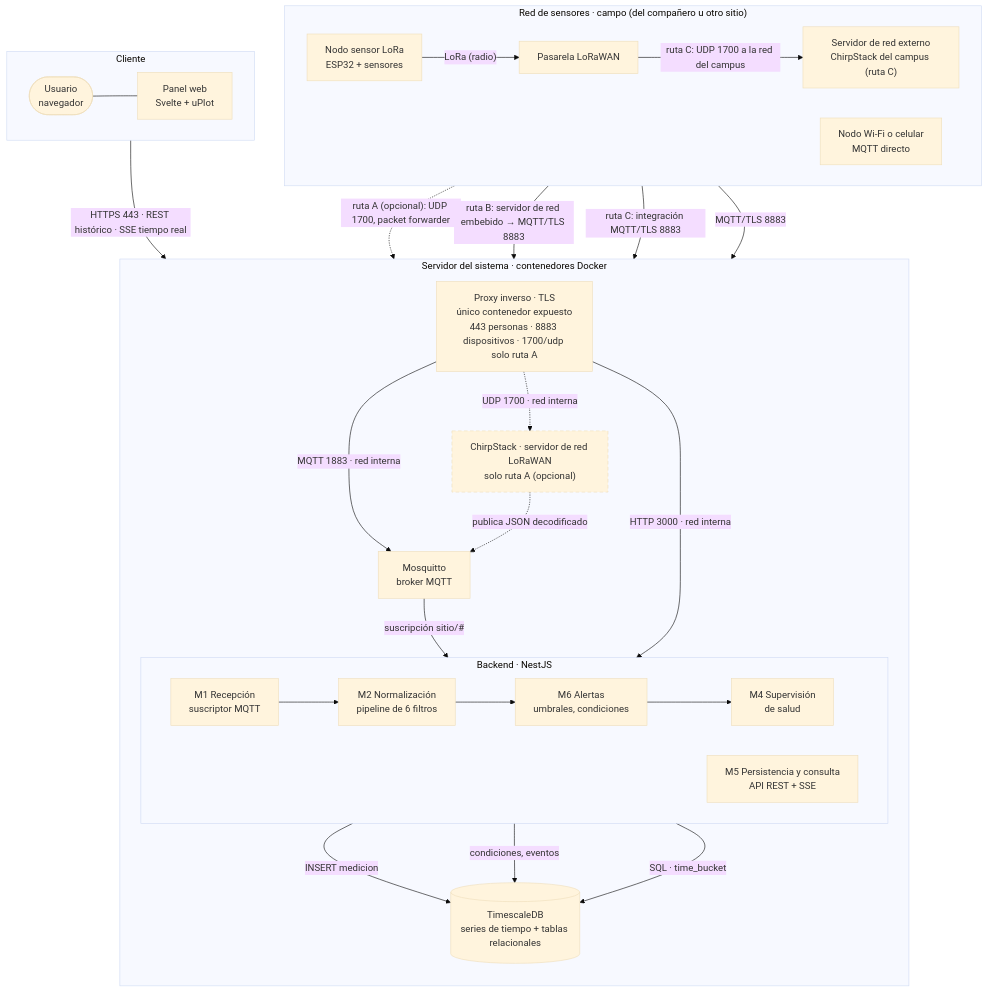
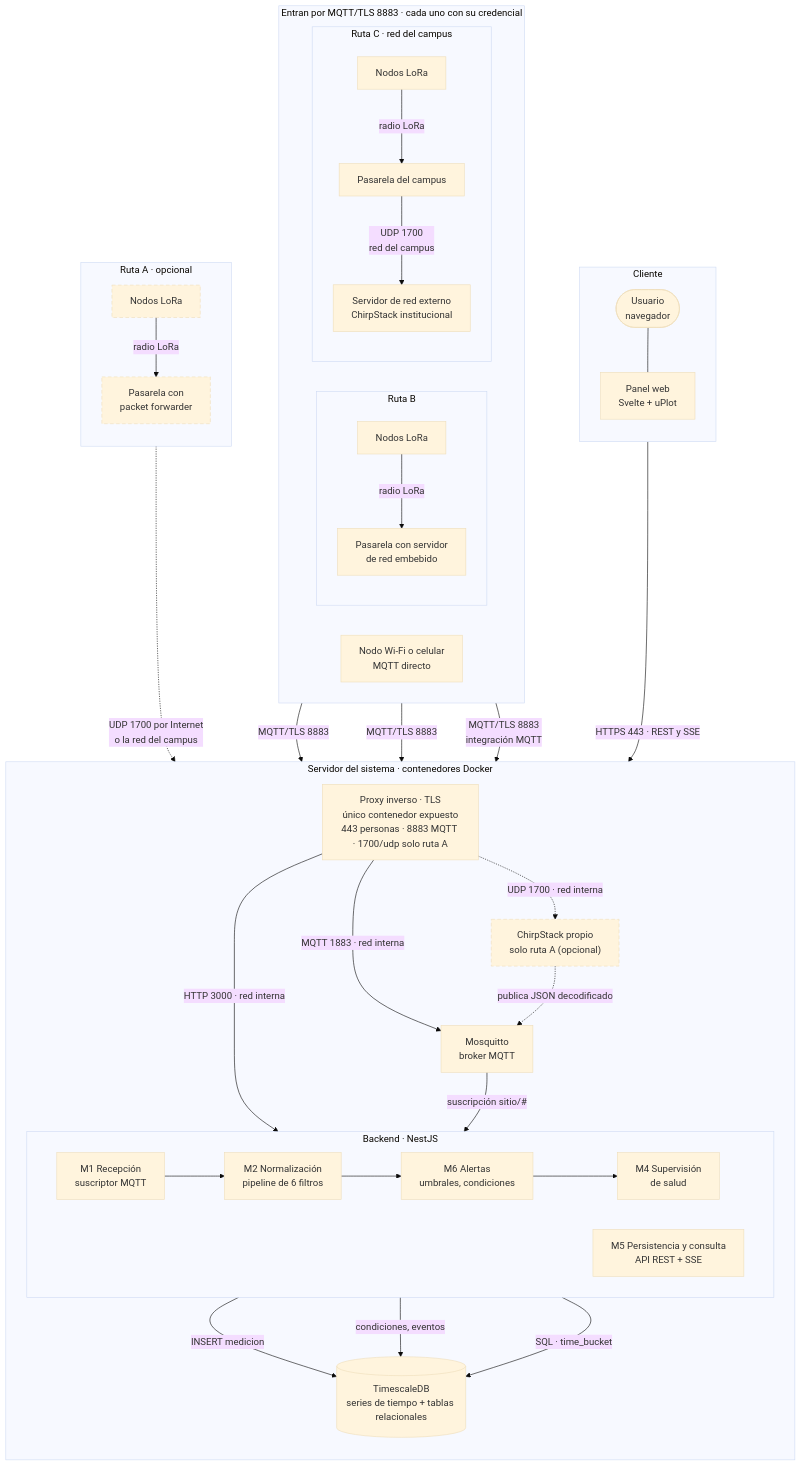
The diagram in informe-oficial/figuras/mermaid/contenedores.mmd (vicenterami/tesis), drawn with Mermaid (base theme) before and after one commit. The commit also changed 11 other files, not shown here.

First line of the commit message:
Reordena las figuras por vía de entrada y documenta el proxy, el tiempo real y la limpieza programada

```diff
--- a/informe-oficial/figuras/mermaid/contenedores.mmd
+++ b/informe-oficial/figuras/mermaid/contenedores.mmd
@@ -1,43 +1,53 @@
 flowchart TB
-    subgraph RED["Red de sensores · campo (del compañero u otro sitio)"]
+    subgraph CLI["Cliente"]
+        direction TB
+        U(["Usuario<br/>navegador"]) --- FE["Panel web<br/>Svelte + uPlot"]
+    end
+
+    subgraph TLS["Entran por MQTT/TLS 8883 · cada uno con su credencial"]
         direction LR
-        N1["Nodo sensor LoRa<br/>ESP32 + sensores"] -- "LoRa (radio)" --> GW["Pasarela LoRaWAN"]
         N2["Nodo Wi-Fi o celular<br/>MQTT directo"]
-        NS["Servidor de red externo<br/>ChirpStack del campus (ruta C)"]
+        subgraph RB["Ruta B"]
+            direction TB
+            NB["Nodos LoRa"] -- "radio LoRa" --> GB["Pasarela con servidor<br/>de red embebido"]
+        end
+        subgraph RC["Ruta C · red del campus"]
+            direction TB
+            NC["Nodos LoRa"] -- "radio LoRa" --> GC["Pasarela del campus"] -- "UDP 1700<br/>red del campus" --> NS["Servidor de red externo<br/>ChirpStack institucional"]
+        end
+    end
+
+    subgraph RA["Ruta A · opcional"]
+        direction TB
+        NA["Nodos LoRa"] -- "radio LoRa" --> GA["Pasarela con<br/>packet forwarder"]
     end
 
     subgraph SRV["Servidor del sistema · contenedores Docker"]
         direction TB
-        RP["Proxy inverso · TLS<br/>único contenedor expuesto<br/>443 personas · 8883 dispositivos · 1700/udp solo ruta A"]
-        CS["ChirpStack · servidor de red LoRaWAN<br/>solo ruta A (opcional)"]
+        RP["Proxy inverso · TLS<br/>único contenedor expuesto<br/>443 personas · 8883 MQTT · 1700/udp solo ruta A"]
         MQ["Mosquitto<br/>broker MQTT"]
         subgraph BE["Backend · NestJS"]
             direction LR
             M1["M1 Recepción<br/>suscriptor MQTT"] --> M2["M2 Normalización<br/>pipeline de 6 filtros"]
             M2 --> M6["M6 Alertas<br/>umbrales, condiciones"] --> M4["M4 Supervisión<br/>de salud"]
             M5["M5 Persistencia y consulta<br/>API REST + SSE"]
         end
         DB[("TimescaleDB<br/>series de tiempo + tablas relacionales")]
+        CS["ChirpStack propio<br/>solo ruta A (opcional)"]
     end
 
-    subgraph CLI["Cliente"]
-        direction LR
-        U(["Usuario<br/>navegador"]) --- FE["Panel web<br/>Svelte + uPlot"]
-    end
-
-    GW -. "ruta A (opcional): UDP 1700, packet forwarder" .-> RP
-    GW -- "ruta B: servidor de red embebido → MQTT/TLS 8883" --> RP
-    GW -- "ruta C: UDP 1700 a la red del campus" --> NS
-    NS -- "ruta C: integración MQTT/TLS 8883" --> RP
+    FE -- "HTTPS 443 · REST y SSE" --> RP
     N2 -- "MQTT/TLS 8883" --> RP
+    GB -- "MQTT/TLS 8883" --> RP
+    NS -- "MQTT/TLS 8883<br/>integración MQTT" --> RP
+    GA -. "UDP 1700 por Internet<br/>o la red del campus" .-> RP
+    RP -- "HTTP 3000 · red interna" --> M5
+    RP -- "MQTT 1883 · red interna" --> MQ
     RP -. "UDP 1700 · red interna" .-> CS
-    RP -- "MQTT 1883 · red interna" --> MQ
     CS -. "publica JSON decodificado" .-> MQ
     MQ -- "suscripción sitio/#" --> M1
     M2 -- "INSERT medicion" --> DB
     M6 -- "condiciones, eventos" --> DB
     M5 -- "SQL · time_bucket" --> DB
-    FE -- "HTTPS 443 · REST histórico · SSE tiempo real" --> RP
-    RP -- "HTTP 3000 · red interna" --> M5
     classDef opcional stroke-dasharray:6 4
-    class CS opcional
+    class CS,GA,NA opcional
```
